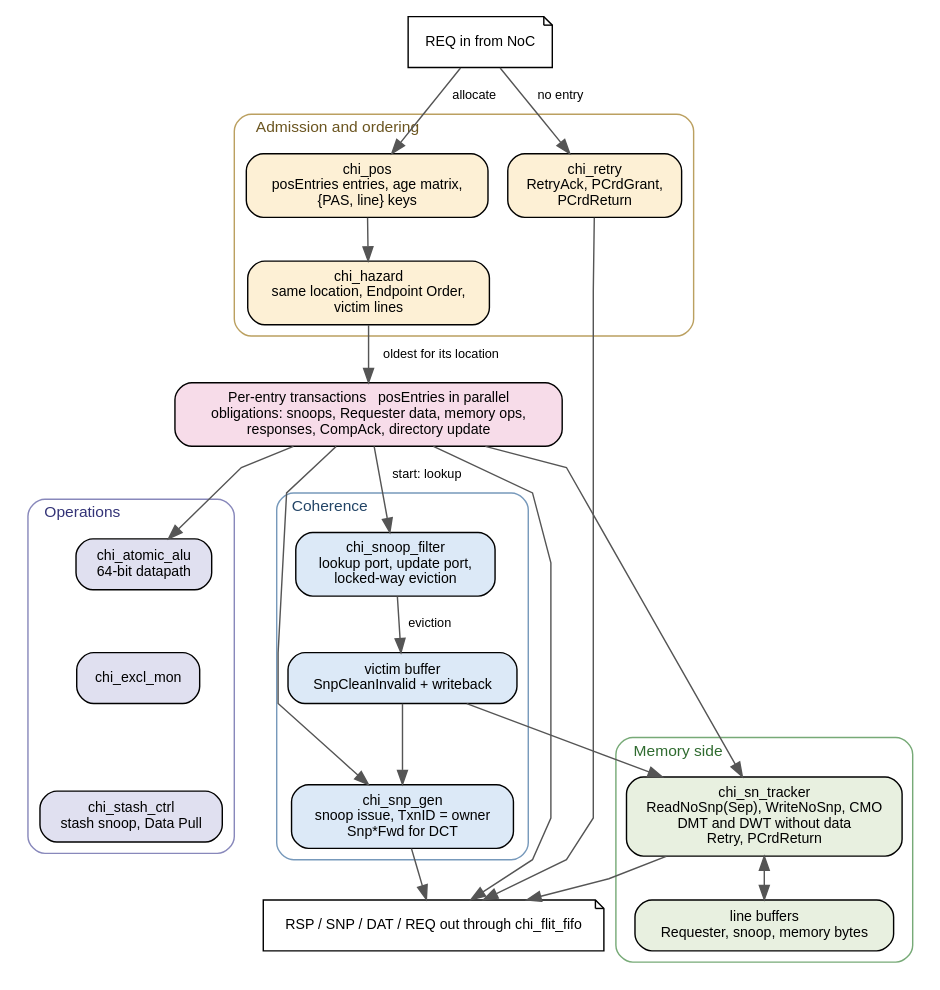
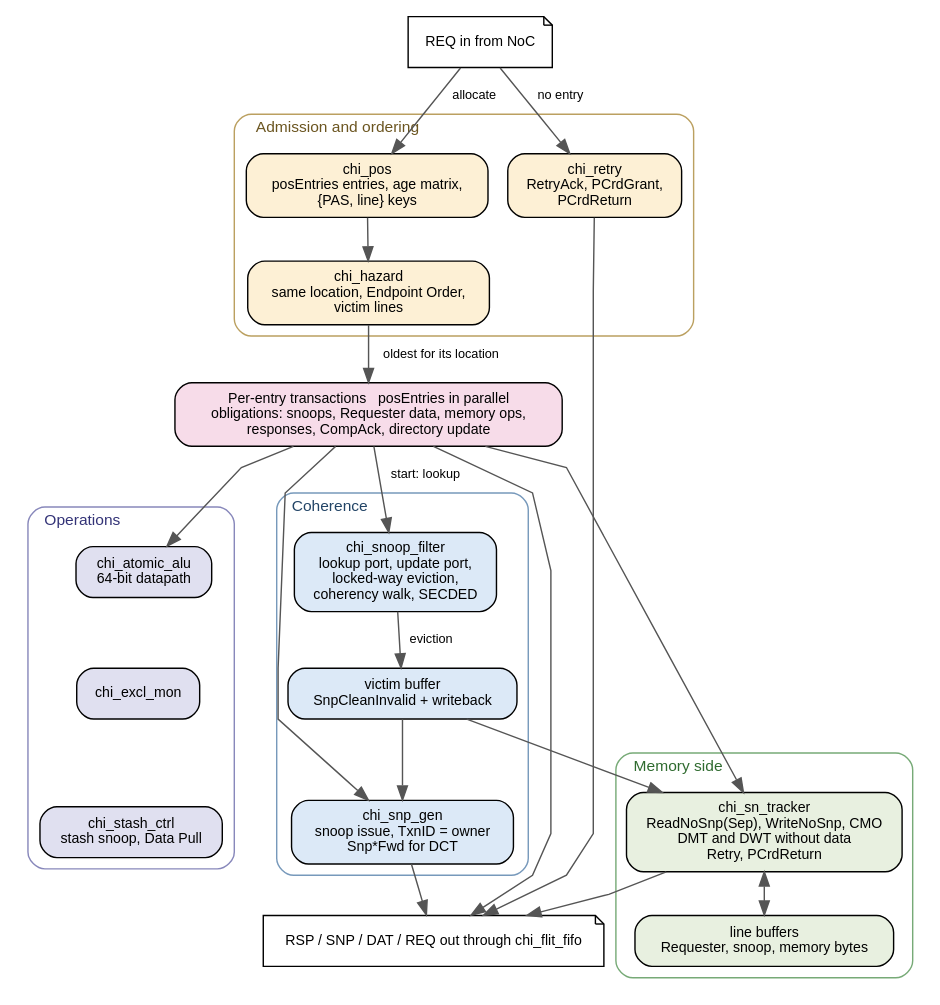
Before and after one commit to Swasthikkamath/chi_rtl: the diagram in doc-src/figures/chi_hnf.dot, drawn with Graphviz. The commit also changed 24 other files, not shown here.

```diff
--- a/doc-src/figures/chi_hnf.dot
+++ b/doc-src/figures/chi_hnf.dot
@@ -1,76 +1,76 @@
 // Internal architecture of the coherent Home Node, chi_hnf_top.
 // Rendered by the doc target; see Makefile.
 //
 // Laid out top to bottom so the figure fits a portrait page: a request is
 // admitted or retried, allocated a POS entry, held by the hazard check until
 // it is the oldest transaction for its location, started against the
 // directory, and then runs its own obligations through the shared engines.
 digraph chiHnf {
   rankdir=TB;
   splines=polyline;
   nodesep=0.2;
   ranksep=0.42;
   bgcolor="white";
   node [shape=box, style="rounded,filled", fillcolor="#f5f5f5",
         fontname="Helvetica", fontsize=10, margin="0.14,0.08"];
   edge [fontname="Helvetica", fontsize=9, color="#555555"];
   graph [fontname="Helvetica", fontsize=11, labeljust="l"];
 
   req [label="REQ in from NoC", shape=note, fillcolor="#ffffff"];
 
   subgraph cluster_admit {
     label="Admission and ordering";
     style="rounded"; color="#bba060"; fontcolor="#6b5520";
     retry  [label="chi_retry\nRetryAck, PCrdGrant,\nPCrdReturn", fillcolor="#fdf0d5"];
     pos    [label="chi_pos\nposEntries entries, age matrix,\n{PAS, line} keys", fillcolor="#fdf0d5"];
     hazard [label="chi_hazard\nsame location, Endpoint Order,\nvictim lines", fillcolor="#fdf0d5"];
   }
 
   entries [label="Per-entry transactions   posEntries in parallel\nobligations: snoops, Requester data, memory ops,\nresponses, CompAck, directory update",
     fillcolor="#f7dce9", width=3.8];
 
   subgraph cluster_coh {
     label="Coherence";
     style="rounded"; color="#7799bb"; fontcolor="#224466";
-    sf     [label="chi_snoop_filter\nlookup port, update port,\nlocked-way eviction", fillcolor="#dce9f7"];
+    sf     [label="chi_snoop_filter\nlookup port, update port,\nlocked-way eviction,\ncoherency walk, SECDED", fillcolor="#dce9f7"];
     snpgen [label="chi_snp_gen\nsnoop issue, TxnID = owner\nSnp*Fwd for DCT", fillcolor="#dce9f7"];
     vb     [label="victim buffer\nSnpCleanInvalid + writeback", fillcolor="#dce9f7"];
   }
 
   subgraph cluster_mem {
     label="Memory side";
     style="rounded"; color="#77aa77"; fontcolor="#2f6b2f";
     tracker [label="chi_sn_tracker\nReadNoSnp(Sep), WriteNoSnp, CMO\nDMT and DWT without data\nRetry, PCrdReturn", fillcolor="#e8f0e0"];
     buf     [label="line buffers\nRequester, snoop, memory bytes", fillcolor="#e8f0e0"];
   }
 
   subgraph cluster_ops {
     label="Operations";
     style="rounded"; color="#8888bb"; fontcolor="#333377";
     alu   [label="chi_atomic_alu\n64-bit datapath", fillcolor="#e0e0f0"];
     excl  [label="chi_excl_mon", fillcolor="#e0e0f0"];
     stash [label="chi_stash_ctrl\nstash snoop, Data Pull", fillcolor="#e0e0f0"];
   }
 
   out [label="RSP / SNP / DAT / REQ out through chi_flit_fifo",
     shape=note, fillcolor="#ffffff"];
 
   req -> pos   [label="  allocate"];
   req -> retry [label="  no entry"];
   pos -> hazard;
   hazard -> entries [label="  oldest for its location"];
 
   entries -> sf [label="  start: lookup"];
   entries -> snpgen;
   sf -> vb [label="  eviction"];
   vb -> snpgen;
   entries -> tracker;
   vb -> tracker;
   tracker -> buf [dir=both];
   entries -> alu; alu -> excl [style=invis]; excl -> stash [style=invis];
 
   snpgen -> out;
   tracker -> out;
   entries -> out;
   retry -> out;
 }
```
